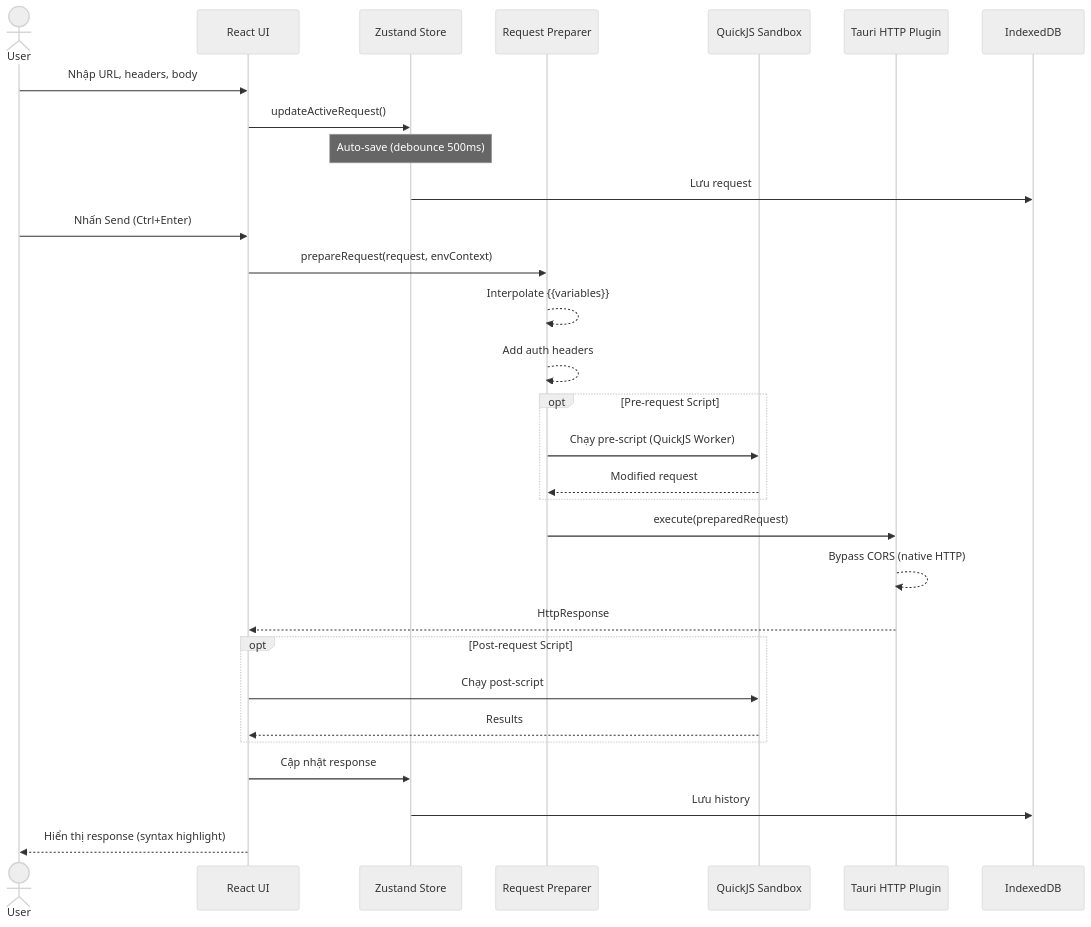
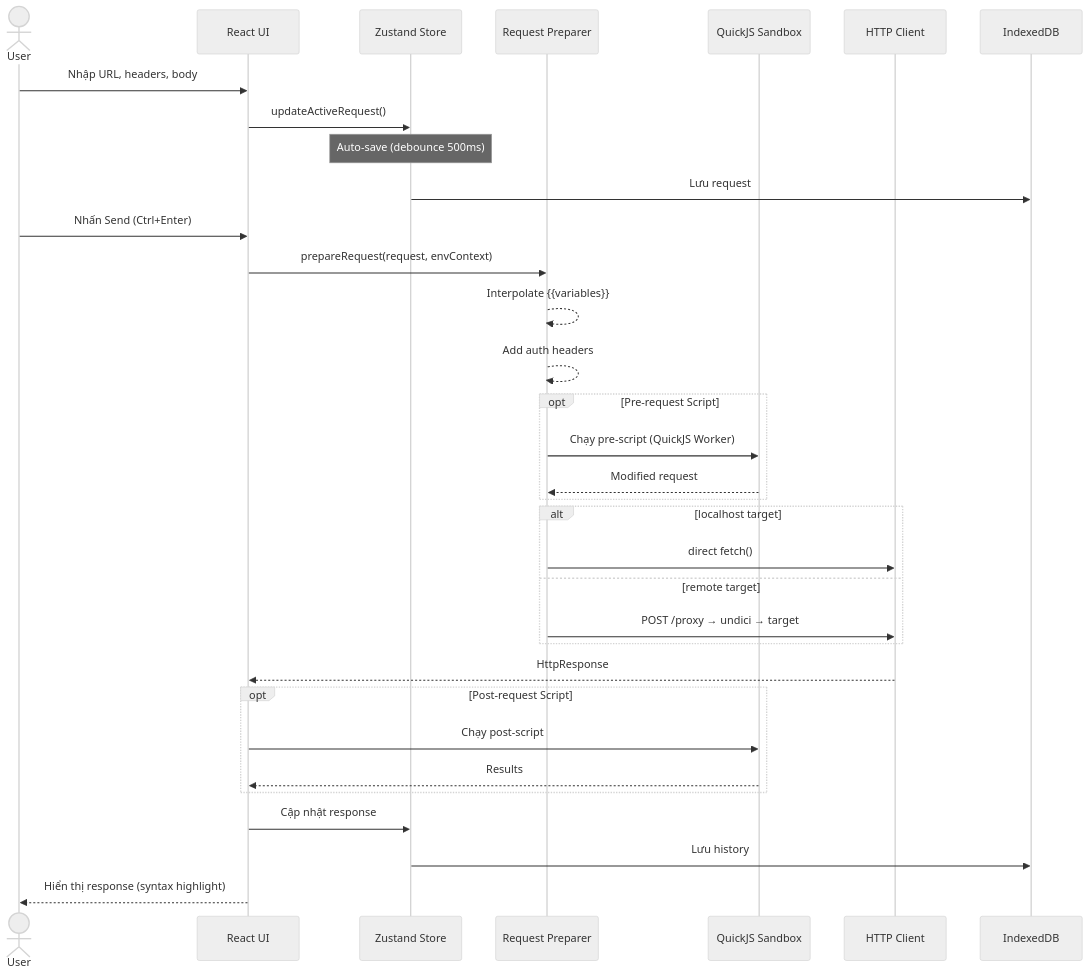
Before and after one commit to achoo254/localman: the second of 7 diagrams in docs/workflow-guide.md, drawn with Mermaid (neutral theme). The commit also changed other lines of this file and 364 other files, not shown here.

First line of the commit message:
refactor: migrate to web-only SPA + Fastify proxy architecture

````diff
--- a/docs/workflow-guide.md
+++ b/docs/workflow-guide.md
@@ -32,38 +30,41 @@
 ```mermaid
 sequenceDiagram
     actor User
     participant UI as React UI
     participant Store as Zustand Store
     participant Prep as Request Preparer
     participant Script as QuickJS Sandbox
-    participant HTTP as Tauri HTTP Plugin
+    participant HTTP as HTTP Client
     participant IDB as IndexedDB
 
     User->>UI: Nhập URL, headers, body
     UI->>Store: updateActiveRequest()
     Note over Store: Auto-save (debounce 500ms)
     Store->>IDB: Lưu request
 
     User->>UI: Nhấn Send (Ctrl+Enter)
     UI->>Prep: prepareRequest(request, envContext)
     Prep-->>Prep: Interpolate {{variables}}
     Prep-->>Prep: Add auth headers
 
     opt Pre-request Script
         Prep->>Script: Chạy pre-script (QuickJS Worker)
         Script-->>Prep: Modified request
     end
 
-    Prep->>HTTP: execute(preparedRequest)
-    HTTP-->>HTTP: Bypass CORS (native HTTP)
+    alt localhost target
+        Prep->>HTTP: direct fetch()
+    else remote target
+        Prep->>HTTP: POST /proxy → undici → target
+    end
     HTTP-->>UI: HttpResponse
 
     opt Post-request Script
         UI->>Script: Chạy post-script
         Script-->>UI: Results
     end
 
     UI->>Store: Cập nhật response
     Store->>IDB: Lưu history
     UI-->>User: Hiển thị response (syntax highlight)
 ```
````
